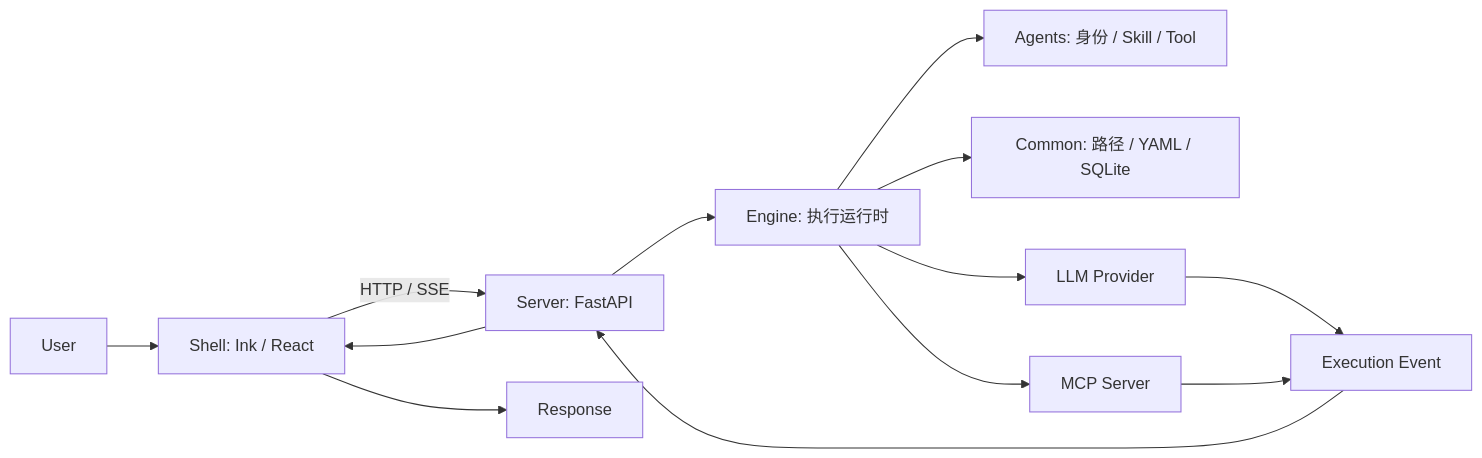
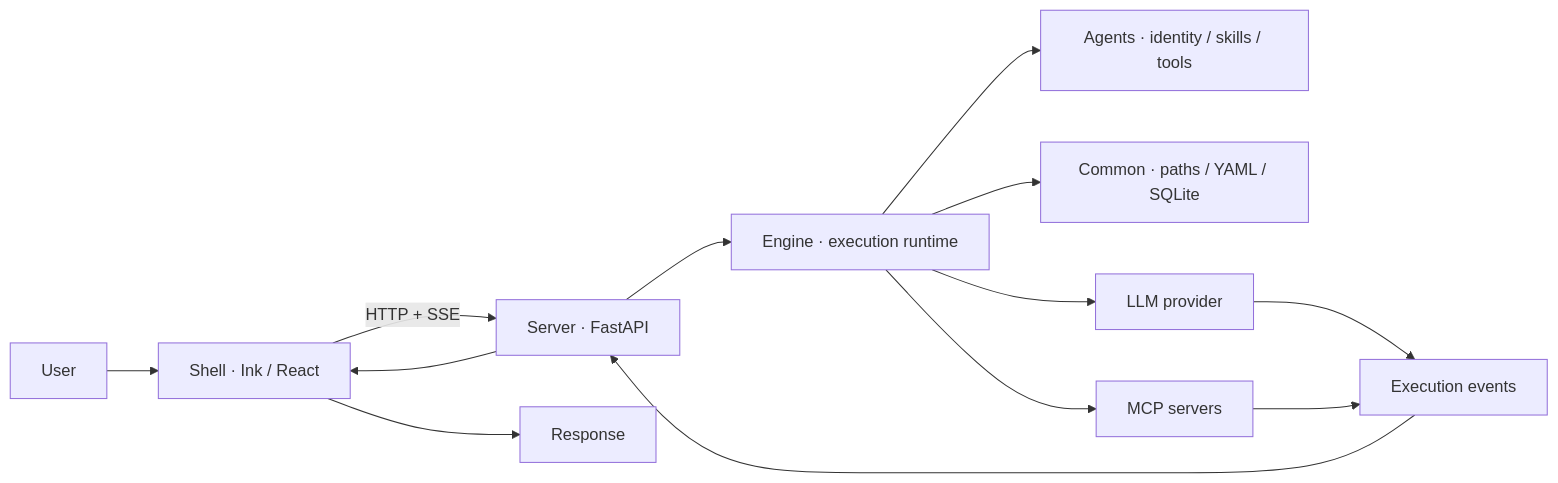
One commit to zyt2000123/openSmith changed the diagram in README.md. Above: the diagram before and after it, drawn with Mermaid. The commit also changed other lines of this file and 5 other files, not shown here.

````diff
--- a/README.md
+++ b/README.md
@@ -21,15 +129,15 @@
 ```mermaid
 graph LR
-    U[User] --> S[Shell: Ink / React]
-    S -->|HTTP / SSE| V[Server: FastAPI]
-    V --> E[Engine: 执行运行时]
-    E --> A[Agents: 身份 / Skill / Tool]
-    E --> C[Common: 路径 / YAML / SQLite]
-    E --> L[LLM Provider]
-    E --> M[MCP Server]
-    L --> R[Execution Event]
+    U[User] --> S[Shell · Ink / React]
+    S -->|HTTP + SSE| V[Server · FastAPI]
+    V --> E[Engine · execution runtime]
+    E --> A[Agents · identity / skills / tools]
+    E --> C[Common · paths / YAML / SQLite]
+    E --> L[LLM provider]
+    E --> M[MCP servers]
+    L --> R[Execution events]
     M --> R
     R --> V
     V --> S
     S --> O[Response]
 ```
````
